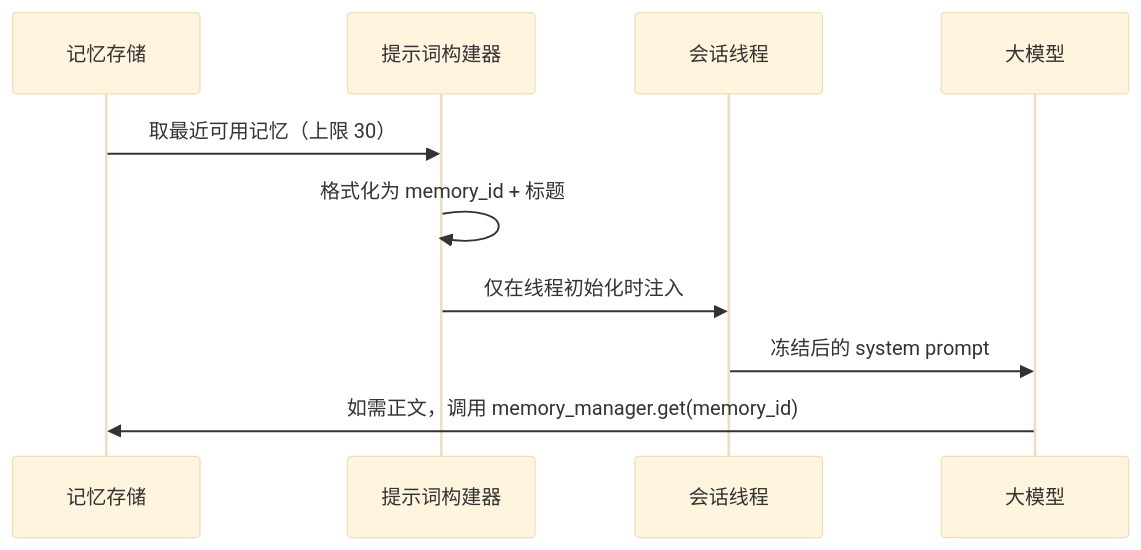
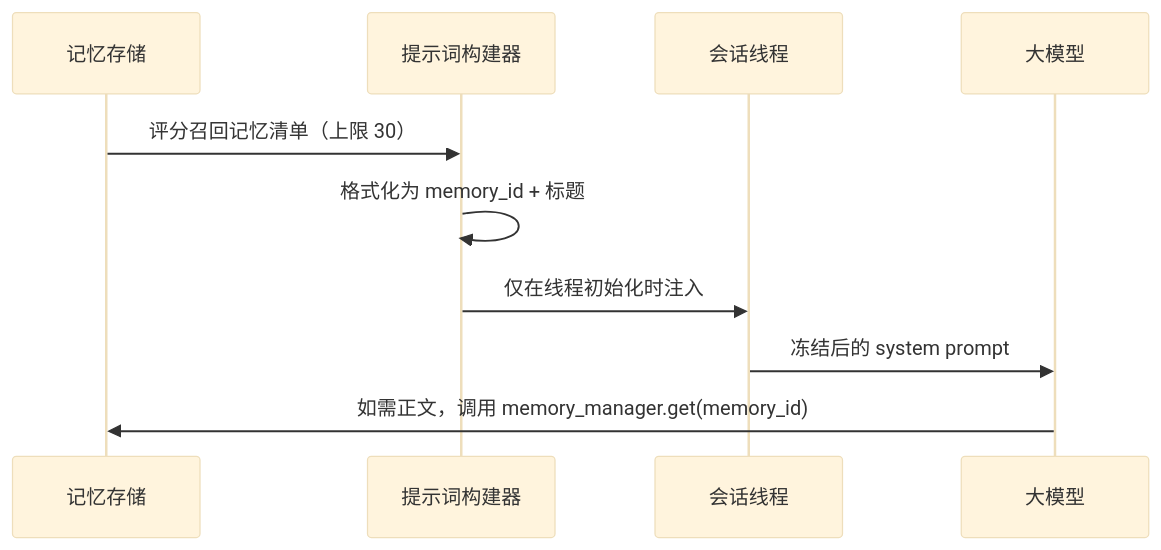
One commit to ylsdamxssjxxdd/wunder changed the second of 4 diagrams in docs/设计文档/记忆系统设计.md. Above: the diagram before and after it, drawn with Mermaid (base theme). The commit also changed other lines of this file and 70 other files, not shown here.

````diff
--- a/docs/设计文档/记忆系统设计.md
+++ b/docs/设计文档/记忆系统设计.md
@@ -77,12 +82,12 @@
 ```mermaid
 sequenceDiagram
     participant Store as 记忆存储
     participant Prompt as 提示词构建器
     participant Thread as 会话线程
     participant Model as 大模型
-    Store->>Prompt: 取最近可用记忆（上限 30）
+    Store->>Prompt: 评分召回记忆清单（上限 30）
     Prompt->>Prompt: 格式化为 memory_id + 标题
     Prompt->>Thread: 仅在线程初始化时注入
     Thread->>Model: 冻结后的 system prompt
     Model->>Store: 如需正文，调用 memory_manager.get(memory_id)
 ```
````
